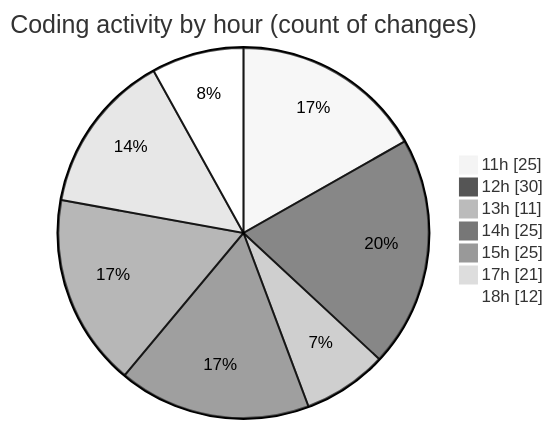
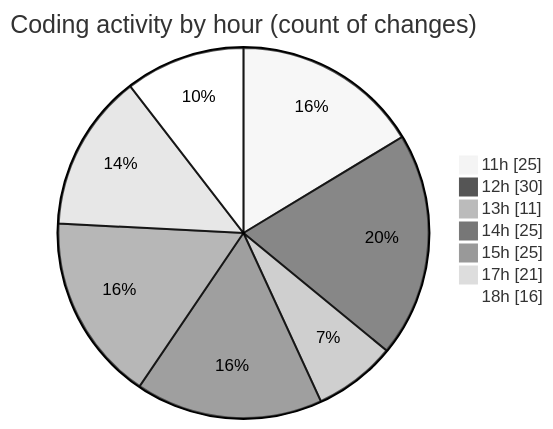
One commit to nxtqubesakshisongat/code-tracking changed the second of 2 diagrams in 2025-08-13/nxtqube_webapp/README.md. Above: the diagram before and after it, drawn with Mermaid (neutral theme). The commit also changed other lines of this file and 1 other file, not shown here.

````diff
--- a/2025-08-13/nxtqube_webapp/README.md
+++ b/2025-08-13/nxtqube_webapp/README.md
@@ -35,11 +35,11 @@
 ```mermaid
 pie showData
 title Coding activity by hour (count of changes)
 "11h" : 25
 "12h" : 30
 "13h" : 11
 "14h" : 25
 "15h" : 25
 "17h" : 21
-"18h" : 12
+"18h" : 16
 ```
````
